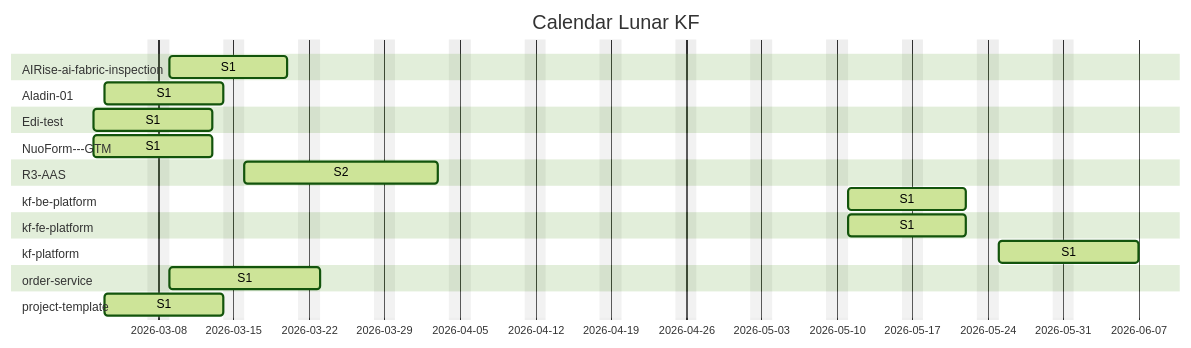
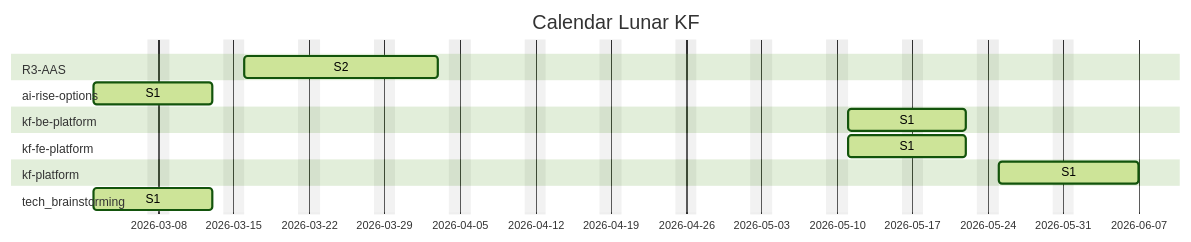
One commit to Katty-Fashion/kf-cpto changed the second of 2 diagrams in docs/unified-calendar.md. Above: the diagram before and after it, drawn with Mermaid (forest theme). The commit also changed other lines of this file and 23 other files, not shown here.

First line of the commit message:
feat(dashboard): scope to 6 curated repos, fix calendar table, emoji fence, move ASCII gantt

````diff
--- a/docs/unified-calendar.md
+++ b/docs/unified-calendar.md
@@ -22,27 +22,19 @@
 ```mermaid
 gantt
     title Calendar Lunar KF
     dateFormat YYYY-MM-DD
     excludes weekends
 
-    section AIRise-ai-fabric-inspection
-    S1 :active, 2026-03-09, 2026-03-20
-    section Aladin-01
-    S1 :active, 2026-03-03, 2026-03-14
-    section Edi-test
-    S1 :active, 2026-03-02, 2026-03-13
-    section NuoForm---GTM
-    S1 :active, 2026-03-02, 2026-03-13
     section R3-AAS
     S2 :active, 2026-03-16, 2026-04-03
+    section ai-rise-options
+    S1 :active, 2026-03-02, 2026-03-13
     section kf-be-platform
     S1 :active, 2026-05-11, 2026-05-22
     section kf-fe-platform
     S1 :active, 2026-05-11, 2026-05-22
     section kf-platform
     S1 :active, 2026-05-25, 2026-06-07
-    section order-service
-    S1 :active, 2026-03-09, 2026-03-23
-    section project-template
-    S1 :active, 2026-03-03, 2026-03-14
+    section tech_brainstorming
+    S1 :active, 2026-03-02, 2026-03-13
 ```
````
